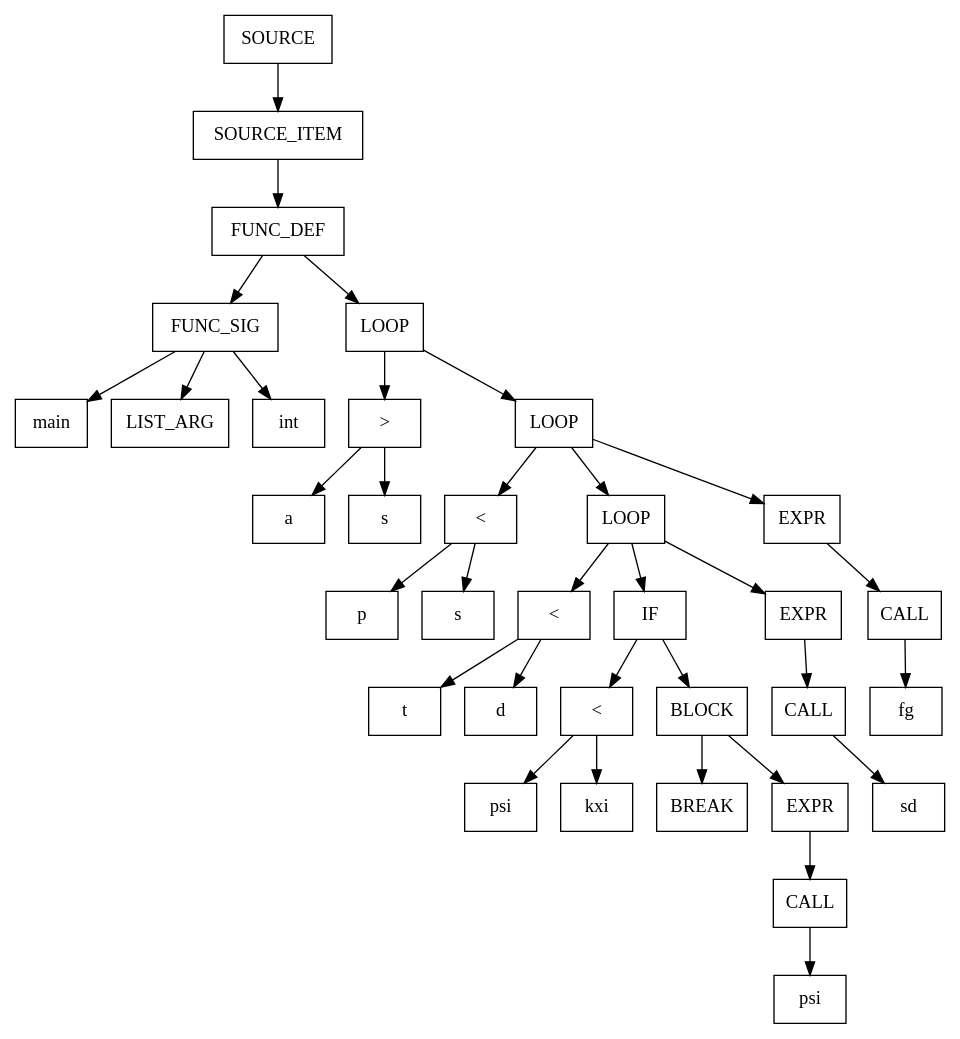
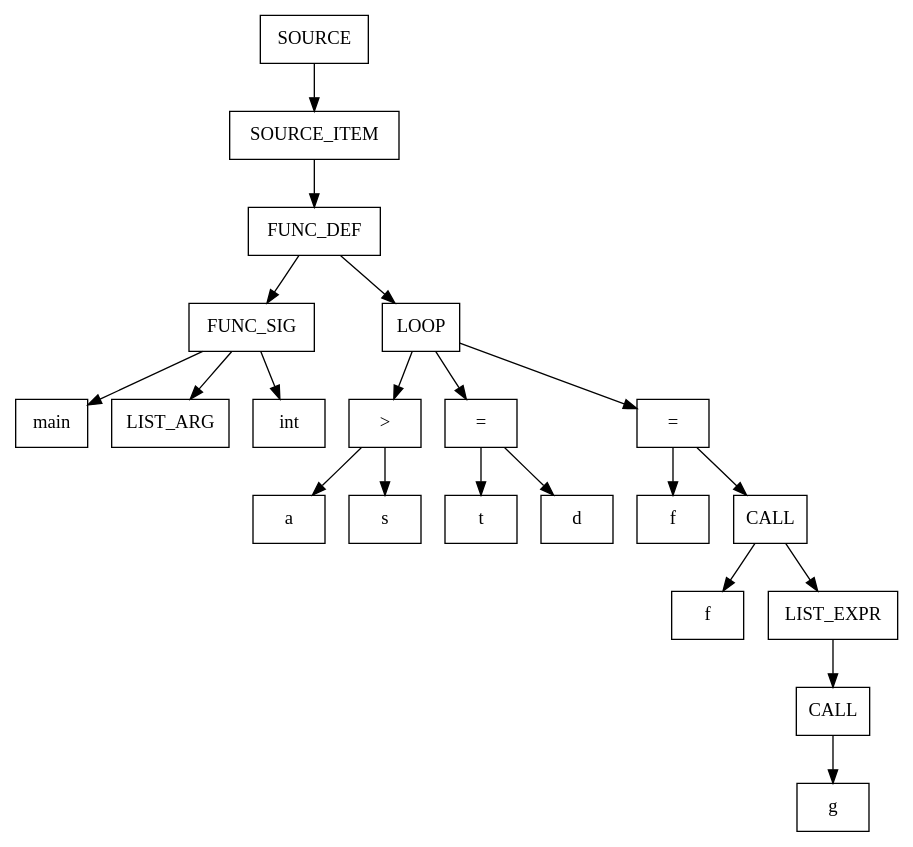
One commit to popov-p/itmo-spo-2024 changed the diagram in Lab-2/src/tree.dot. Above: the diagram before and after it, drawn with Graphviz. The commit also changed 10 other files, not shown here.

```diff
--- a/Lab-2/src/tree.dot
+++ b/Lab-2/src/tree.dot
@@ -1,70 +1,44 @@
 digraph AST {
     node [shape=box];
-    cluster_0_node2388695320 [label="SOURCE"];
-    cluster_0_node2388695008 [label="SOURCE_ITEM"];
-    cluster_0_node2388692200 [label="FUNC_DEF"];
-    cluster_0_node2388669424 [label="FUNC_SIG"];
-    cluster_0_node2388668800 [label="main"];
-    cluster_0_node2388669112 [label="LIST_ARG"];
-    cluster_0_node2388670048 [label="int"];
-    cluster_0_node2388692824 [label="LOOP"];
-    cluster_0_node2388671608 [label=">"];
-    cluster_0_node2388671920 [label="a"];
-    cluster_0_node2388672544 [label="s"];
-    cluster_0_node2388693136 [label="LOOP"];
-    cluster_0_node2388673480 [label="<"];
-    cluster_0_node2388673792 [label="p"];
-    cluster_0_node2388674416 [label="s"];
-    cluster_0_node2388690328 [label="LOOP"];
-    cluster_0_node2388675352 [label="<"];
-    cluster_0_node2388675664 [label="t"];
-    cluster_0_node2388676288 [label="d"];
-    cluster_0_node2388687208 [label="IF"];
-    cluster_0_node2388677224 [label="<"];
-    cluster_0_node2388677536 [label="psi"];
-    cluster_0_node2388678160 [label="kxi"];
-    cluster_0_node2388689080 [label="BLOCK"];
-    cluster_0_node2388685960 [label="BREAK"];
-    cluster_0_node2388688768 [label="EXPR"];
-    cluster_0_node2388688456 [label="CALL"];
-    cluster_0_node2388688144 [label="psi"];
-    cluster_0_node2388691888 [label="EXPR"];
-    cluster_0_node2388691576 [label="CALL"];
-    cluster_0_node2388691264 [label="sd"];
-    cluster_0_node2388694696 [label="EXPR"];
-    cluster_0_node2388694384 [label="CALL"];
-    cluster_0_node2388694072 [label="fg"];
-    cluster_0_node2388695320 -> cluster_0_node2388695008;
-    cluster_0_node2388695008 -> cluster_0_node2388692200;
-    cluster_0_node2388692200 -> cluster_0_node2388669424;
-    cluster_0_node2388669424 -> cluster_0_node2388668800;
-    cluster_0_node2388669424 -> cluster_0_node2388669112;
-    cluster_0_node2388669424 -> cluster_0_node2388670048;
-    cluster_0_node2388692200 -> cluster_0_node2388692824;
-    cluster_0_node2388692824 -> cluster_0_node2388671608;
-    cluster_0_node2388671608 -> cluster_0_node2388671920;
-    cluster_0_node2388671608 -> cluster_0_node2388672544;
-    cluster_0_node2388692824 -> cluster_0_node2388693136;
-    cluster_0_node2388693136 -> cluster_0_node2388673480;
-    cluster_0_node2388673480 -> cluster_0_node2388673792;
-    cluster_0_node2388673480 -> cluster_0_node2388674416;
-    cluster_0_node2388693136 -> cluster_0_node2388690328;
-    cluster_0_node2388690328 -> cluster_0_node2388675352;
-    cluster_0_node2388675352 -> cluster_0_node2388675664;
-    cluster_0_node2388675352 -> cluster_0_node2388676288;
-    cluster_0_node2388690328 -> cluster_0_node2388687208;
-    cluster_0_node2388687208 -> cluster_0_node2388677224;
-    cluster_0_node2388677224 -> cluster_0_node2388677536;
-    cluster_0_node2388677224 -> cluster_0_node2388678160;
-    cluster_0_node2388687208 -> cluster_0_node2388689080;
-    cluster_0_node2388689080 -> cluster_0_node2388685960;
-    cluster_0_node2388689080 -> cluster_0_node2388688768;
-    cluster_0_node2388688768 -> cluster_0_node2388688456;
-    cluster_0_node2388688456 -> cluster_0_node2388688144;
-    cluster_0_node2388690328 -> cluster_0_node2388691888;
-    cluster_0_node2388691888 -> cluster_0_node2388691576;
-    cluster_0_node2388691576 -> cluster_0_node2388691264;
-    cluster_0_node2388693136 -> cluster_0_node2388694696;
-    cluster_0_node2388694696 -> cluster_0_node2388694384;
-    cluster_0_node2388694384 -> cluster_0_node2388694072;
+    cluster_0_node4276772424 [label="SOURCE"];
+    cluster_0_node4276772112 [label="SOURCE_ITEM"];
+    cluster_0_node4276767120 [label="FUNC_DEF"];
+    cluster_0_node4276753392 [label="FUNC_SIG"];
+    cluster_0_node4276752768 [label="main"];
+    cluster_0_node4276753080 [label="LIST_ARG"];
+    cluster_0_node4276754016 [label="int"];
+    cluster_0_node4276771800 [label="LOOP"];
+    cluster_0_node4276755576 [label=">"];
+    cluster_0_node4276755888 [label="a"];
+    cluster_0_node4276756512 [label="s"];
+    cluster_0_node4276759008 [label="="];
+    cluster_0_node4276758384 [label="t"];
+    cluster_0_node4276759320 [label="d"];
+    cluster_0_node4276771488 [label="="];
+    cluster_0_node4276768368 [label="f"];
+    cluster_0_node4276771176 [label="CALL"];
+    cluster_0_node4276769304 [label="f"];
+    cluster_0_node4276770864 [label="LIST_EXPR"];
+    cluster_0_node4276770552 [label="CALL"];
+    cluster_0_node4276770240 [label="g"];
+    cluster_0_node4276772424 -> cluster_0_node4276772112;
+    cluster_0_node4276772112 -> cluster_0_node4276767120;
+    cluster_0_node4276767120 -> cluster_0_node4276753392;
+    cluster_0_node4276753392 -> cluster_0_node4276752768;
+    cluster_0_node4276753392 -> cluster_0_node4276753080;
+    cluster_0_node4276753392 -> cluster_0_node4276754016;
+    cluster_0_node4276767120 -> cluster_0_node4276771800;
+    cluster_0_node4276771800 -> cluster_0_node4276755576;
+    cluster_0_node4276755576 -> cluster_0_node4276755888;
+    cluster_0_node4276755576 -> cluster_0_node4276756512;
+    cluster_0_node4276771800 -> cluster_0_node4276759008;
+    cluster_0_node4276759008 -> cluster_0_node4276758384;
+    cluster_0_node4276759008 -> cluster_0_node4276759320;
+    cluster_0_node4276771800 -> cluster_0_node4276771488;
+    cluster_0_node4276771488 -> cluster_0_node4276768368;
+    cluster_0_node4276771488 -> cluster_0_node4276771176;
+    cluster_0_node4276771176 -> cluster_0_node4276769304;
+    cluster_0_node4276771176 -> cluster_0_node4276770864;
+    cluster_0_node4276770864 -> cluster_0_node4276770552;
+    cluster_0_node4276770552 -> cluster_0_node4276770240;
 }
```
